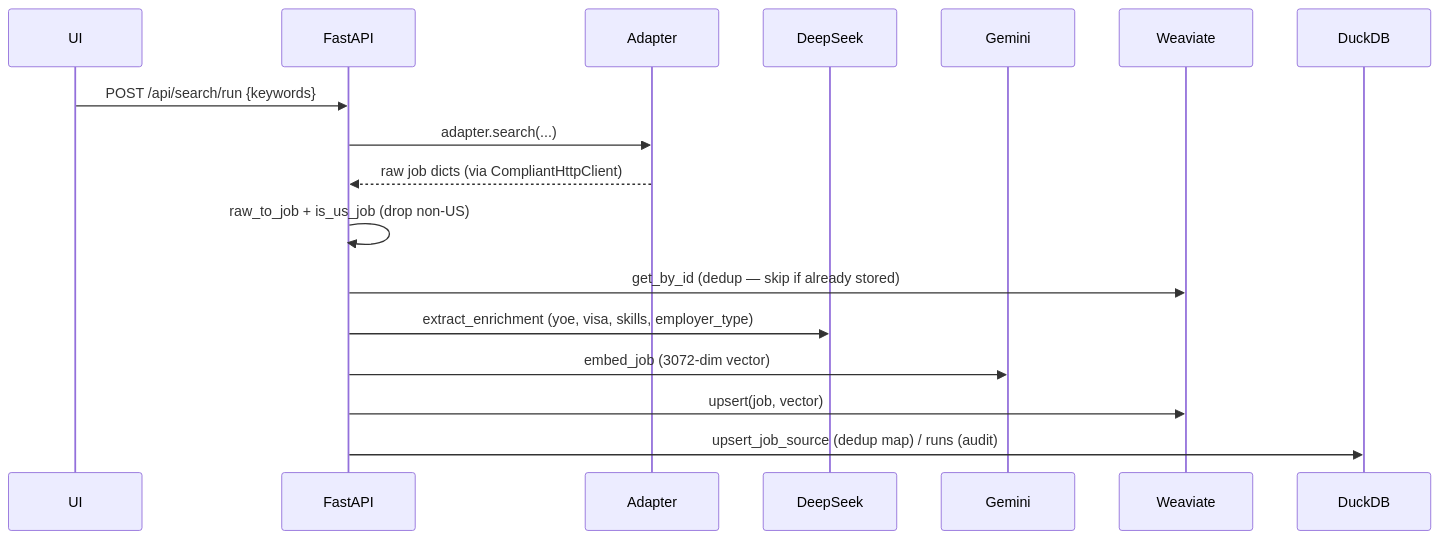
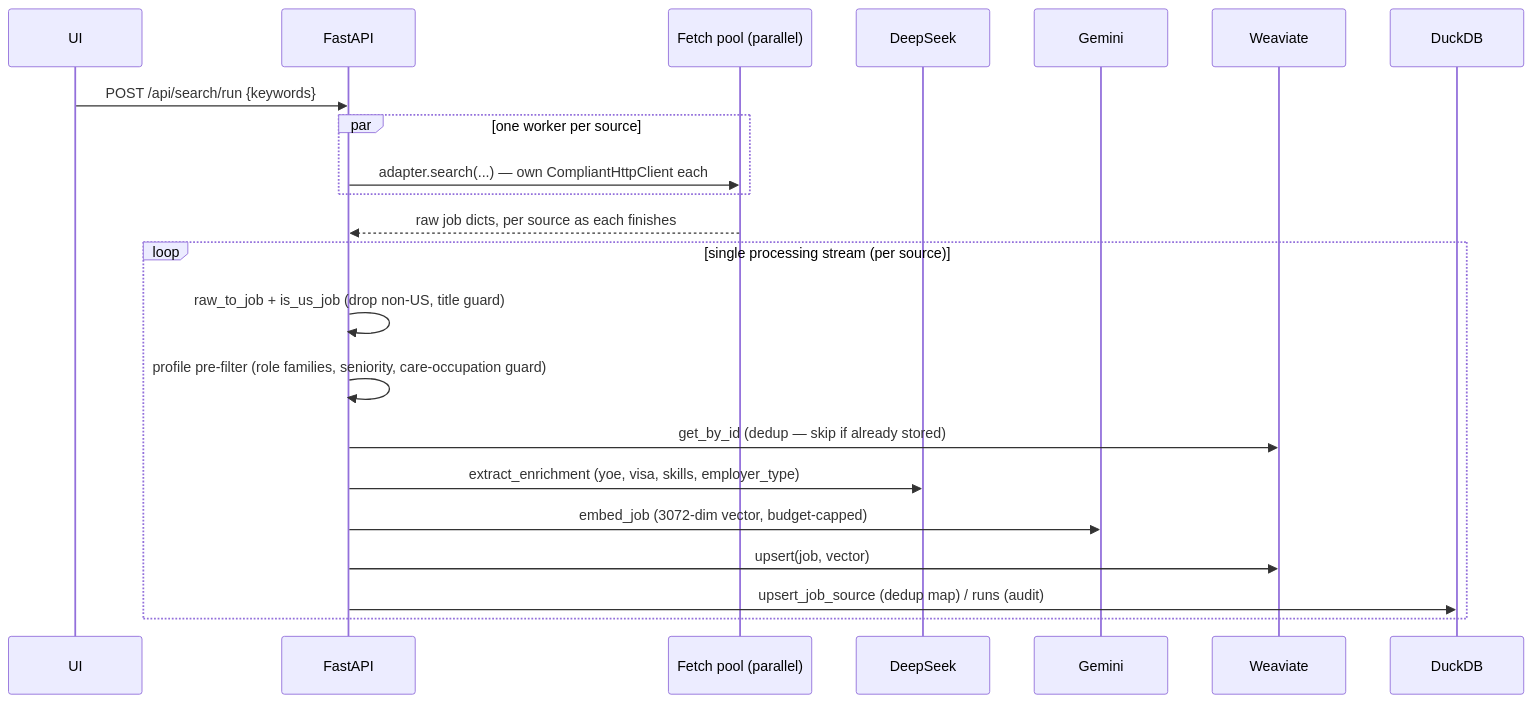
Before and after one commit to sciencephalonai/jobscout: the second of 8 diagrams in docs/architecture.md, drawn with Mermaid. The commit also changed other lines of this file and 148 other files, not shown here.

````diff
--- a/docs/architecture.md
+++ b/docs/architecture.md
@@ -60,19 +65,24 @@
 ```mermaid
 sequenceDiagram
     participant UI
     participant API as FastAPI
-    participant AD as Adapter
+    participant P as Fetch pool (parallel)
     participant DS as DeepSeek
     participant GM as Gemini
     participant WV as Weaviate
     participant DK as DuckDB
     UI->>API: POST /api/search/run {keywords}
-    API->>AD: adapter.search(...)
-    AD-->>API: raw job dicts (via CompliantHttpClient)
-    API->>API: raw_to_job + is_us_job (drop non-US)
-    API->>WV: get_by_id (dedup — skip if already stored)
-    API->>DS: extract_enrichment (yoe, visa, skills, employer_type)
-    API->>GM: embed_job (3072-dim vector)
-    API->>WV: upsert(job, vector)
-    API->>DK: upsert_job_source (dedup map) / runs (audit)
+    par one worker per source
+        API->>P: adapter.search(...) — own CompliantHttpClient each
+    end
+    P-->>API: raw job dicts, per source as each finishes
+    loop single processing stream (per source)
+        API->>API: raw_to_job + is_us_job (drop non-US, title guard)
+        API->>API: profile pre-filter (role families, seniority, care-occupation guard)
+        API->>WV: get_by_id (dedup — skip if already stored)
+        API->>DS: extract_enrichment (yoe, visa, skills, employer_type)
+        API->>GM: embed_job (3072-dim vector, budget-capped)
+        API->>WV: upsert(job, vector)
+        API->>DK: upsert_job_source (dedup map) / runs (audit)
+    end
 ```
````
